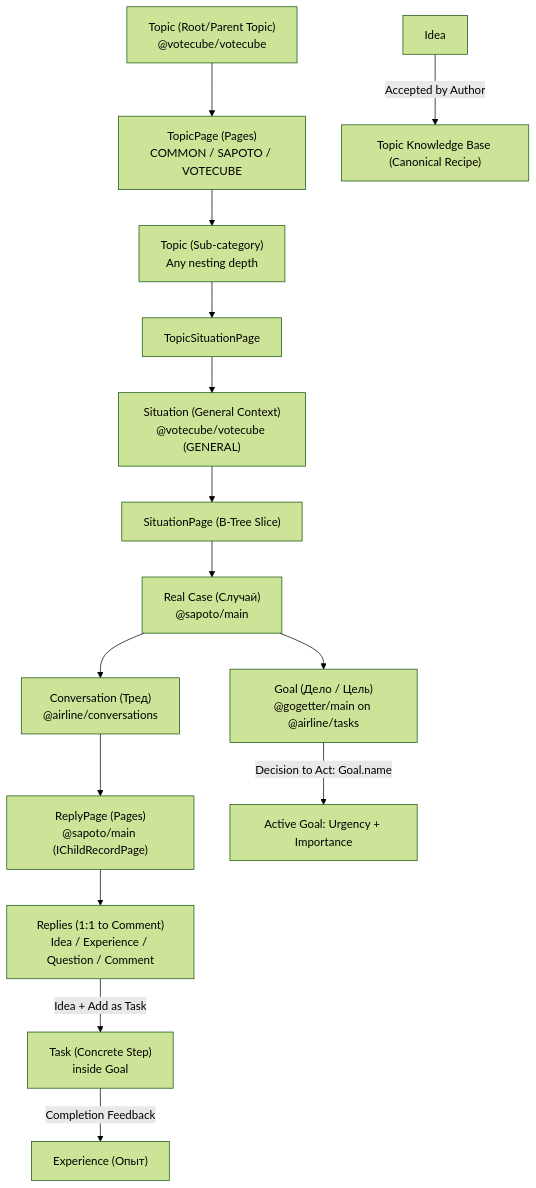
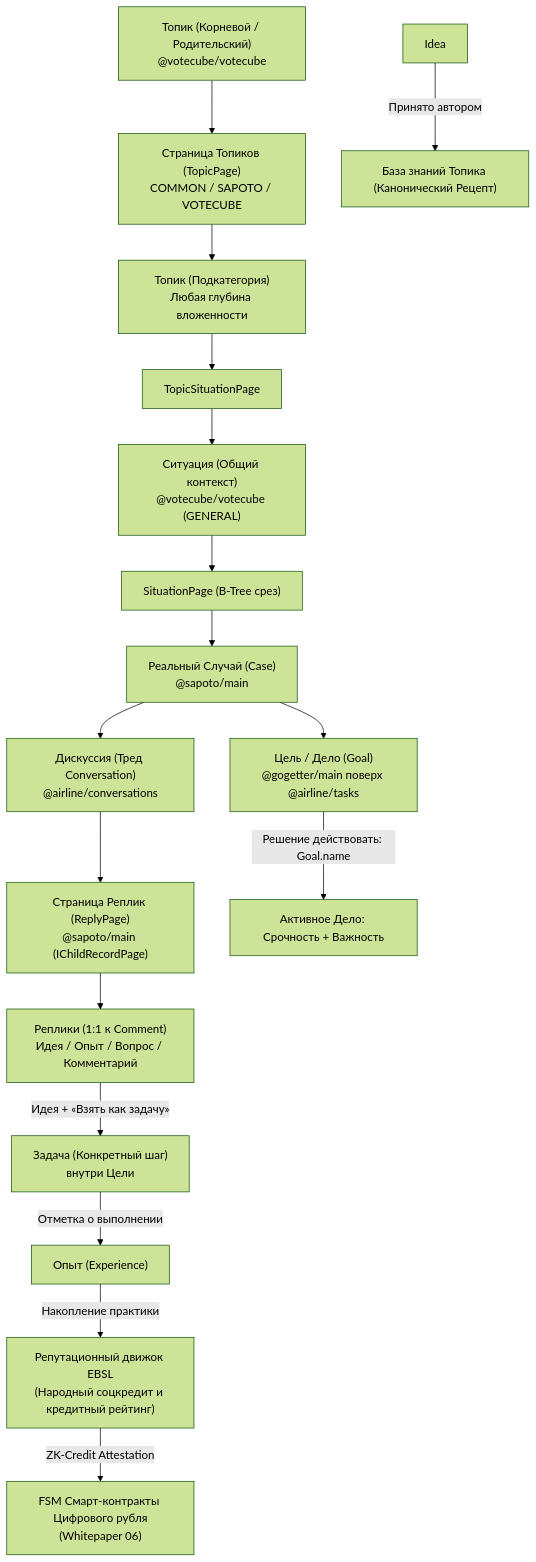
One commit to Data-Independence-Network/presentations changed the first of 2 diagrams in shared_docs/whitepapers/applications/sapoto/Sapoto_architecture_and_functionality.md. Above: the diagram before and after it, drawn with Mermaid (forest theme). The commit also changed other lines of this file and 9 other files, not shown here.

````diff
--- a/shared_docs/whitepapers/applications/sapoto/Sapoto_architecture_and_functionality.md
+++ b/shared_docs/whitepapers/applications/sapoto/Sapoto_architecture_and_functionality.md
@@ -16,17 +16,19 @@
 ```mermaid
 graph TD
-    TopicParent["Topic (Root/Parent Topic)<br/>@votecube/votecube"] --> TopicPage["TopicPage (Pages)<br/>COMMON / SAPOTO / VOTECUBE"]
-    TopicPage --> TopicChild["Topic (Sub-category)<br/>Any nesting depth"]
+    TopicParent["Топик (Корневой / Родительский)<br/>@votecube/votecube"] --> TopicPage["Страница Топиков (TopicPage)<br/>COMMON / SAPOTO / VOTECUBE"]
+    TopicPage --> TopicChild["Топик (Подкатегория)<br/>Любая глубина вложенности"]
     TopicChild --> TopicSitPage["TopicSituationPage"]
-    TopicSitPage --> Situation["Situation (General Context)<br/>@votecube/votecube (GENERAL)"]
-    Situation --> SituationPage["SituationPage (B-Tree Slice)"]
-    SituationPage --> Case["Real Case (Случай)<br/>@sapoto/main"]
-    Case --> Conv["Conversation (Тред)<br/>@airline/conversations"]
-    Conv --> ReplyPage["ReplyPage (Pages)<br/>@sapoto/main (IChildRecordPage)"]
-    ReplyPage --> Reply["Replies (1:1 to Comment)<br/>Idea / Experience / Question / Comment"]
-    Case --> Goal["Goal (Дело / Цель)<br/>@gogetter/main on @airline/tasks"]
-    Goal -->|Decision to Act: Goal.name| GoalActive["Active Goal: Urgency + Importance"]
-    Reply -->|Idea + Add as Task| Task["Task (Concrete Step)<br/>inside Goal"]
-    Task -->|Completion Feedback| ReplyExp["Experience (Опыт)"]
-    Idea -->|Accepted by Author| KB["Topic Knowledge Base (Canonical Recipe)"]
+    TopicSitPage --> Situation["Ситуация (Общий контекст)<br/>@votecube/votecube (GENERAL)"]
+    Situation --> SituationPage["SituationPage (B-Tree срез)"]
+    SituationPage --> Case["Реальный Случай (Case)<br/>@sapoto/main"]
+    Case --> Conv["Дискуссия (Тред Conversation)<br/>@airline/conversations"]
+    Conv --> ReplyPage["Страница Реплик (ReplyPage)<br/>@sapoto/main (IChildRecordPage)"]
+    ReplyPage --> Reply["Реплики (1:1 к Comment)<br/>Идея / Опыт / Вопрос / Комментарий"]
+    Case --> Goal["Цель / Дело (Goal)<br/>@gogetter/main поверх @airline/tasks"]
+    Goal -->|Решение действовать: Goal.name| GoalActive["Активное Дело: Срочность + Важность"]
+    Reply -->|Идея + «Взять как задачу»| Task["Задача (Конкретный шаг)<br/>внутри Цели"]
+    Task -->|Отметка о выполнении| ReplyExp["Опыт (Experience)"]
+    Idea -->|Принято автором| KB["База знаний Топика (Канонический Рецепт)"]
+    ReplyExp -->|Накопление практики| RepEngine["Репутационный движок EBSL<br/>(Народный соцкредит и кредитный рейтинг)"]
+    RepEngine -->|ZK-Credit Attestation| FSM["FSM Смарт-контракты Цифрового рубля<br/>(Whitepaper 06)"]
 ```
````
